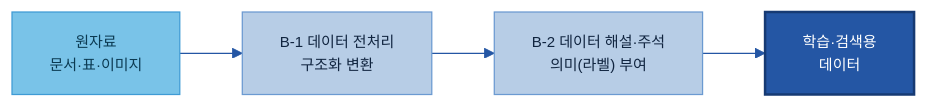
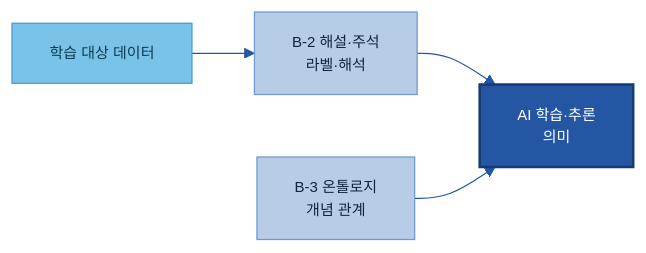
The third of 5 diagrams in 전체 목차/00 전체 목차 (20개 주제).md (jin-kearney/ai-ready-data-manual), drawn with Mermaid before and after one commit. The commit also changed other lines of this file, not shown here.

````diff
--- a/전체 목차/00 전체 목차 (20개 주제).md
+++ b/전체 목차/00 전체 목차 (20개 주제).md
@@ -210,8 +212,9 @@
 ```mermaid
 %%{init: {'theme':'base','themeVariables':{'primaryColor':'#DCE8F5','primaryBorderColor':'#2456A4','primaryTextColor':'#10243f','lineColor':'#2456A4','fontSize':'12px'}}}%%
 flowchart LR
-    RAW["원자료<br/>문서·표·이미지"]:::src --> PRE["B-1 데이터 전처리<br/>구조화 변환"]:::n --> ANN["B-2 데이터 해설·주석<br/>의미(라벨) 부여"]:::n --> USE["학습·검색용<br/>데이터"]:::cat
+    DATA["학습 대상 데이터"]:::src --> ANN["B-2 해설·주석<br/>라벨·해석"]:::n --> KNOW["AI 학습·추론<br/>의미"]:::cat
+    ONT["B-3 온톨로지<br/>개념 관계"]:::n --> KNOW
     classDef n fill:#B7CDE6,stroke:#6B9AD1,color:#10243f;
     classDef src fill:#79C3E8,stroke:#3F9BD4,color:#0b3a52;
     classDef cat fill:#2456A4,color:#fff,stroke:#163a73,stroke-width:2px;
 ```
````
